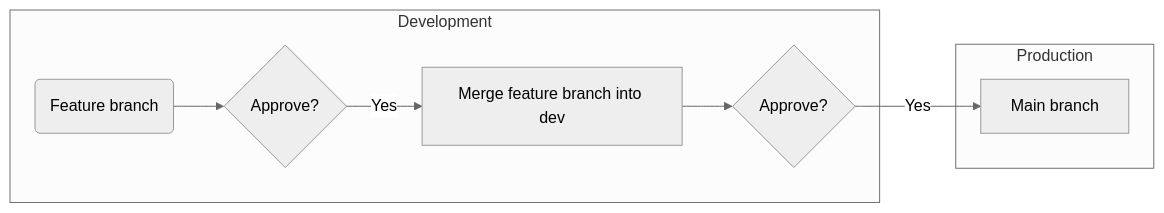
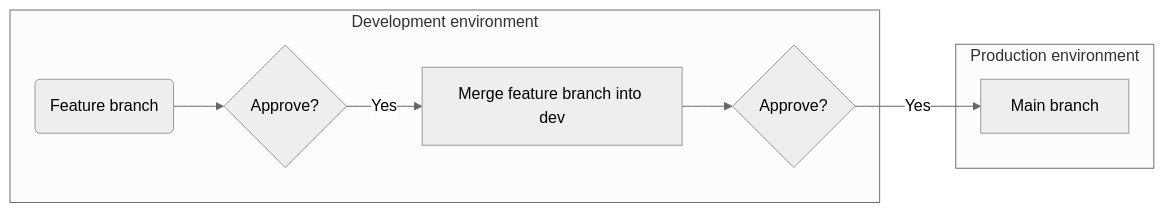
Before and after one commit to RSE-Sheffield/SORT: the diagram in CONTRIBUTING.md, drawn with Mermaid (neutral theme).

````diff
--- a/CONTRIBUTING.md
+++ b/CONTRIBUTING.md
@@ -30,16 +30,16 @@
 ```mermaid
 graph LR
-  subgraph Development
+  subgraph Development environment
     A(Feature branch)
     B{Approve?}
     C[Merge feature branch into dev]
     D{Approve?}
   end
-  subgraph Production
+  subgraph Production environment
     E[Main branch]
   end
   A --> B
   B -- Yes --> C
   C --> D
   D -- Yes --> E
 ```
````
